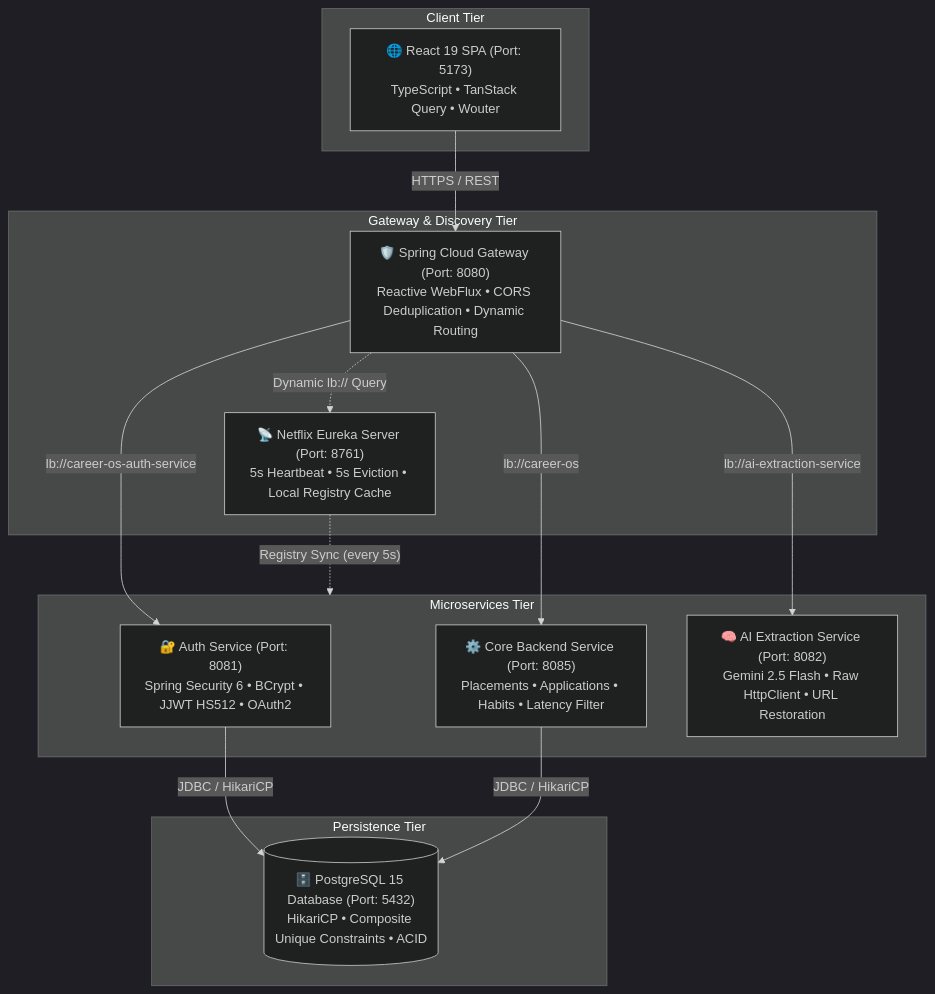
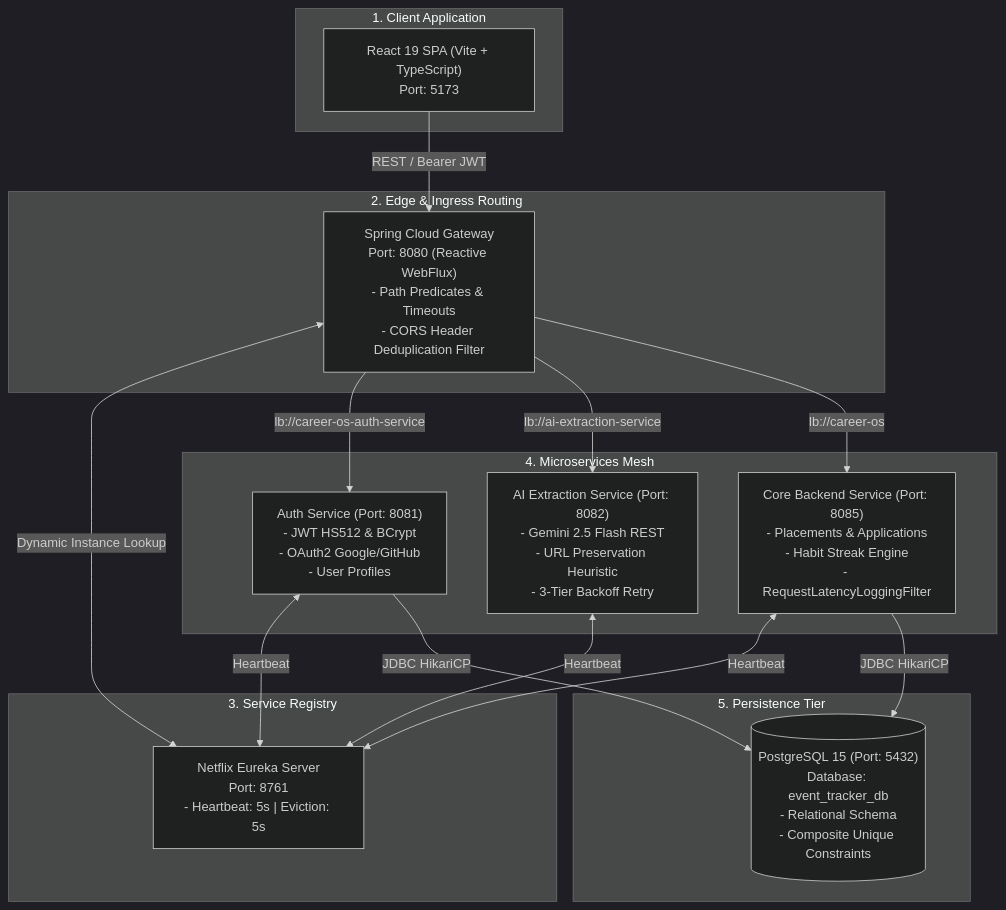
The first of 4 diagrams in 09-Projects/Career OS.md (rohithgowda18/Notes), drawn with Mermaid (dark theme) before and after one commit. The commit also changed other lines of this file, not shown here.

Commit message:
added new project career os

````diff
--- a/09-Projects/Career OS.md
+++ b/09-Projects/Career OS.md
@@ -64,32 +52,39 @@
 ```mermaid
 flowchart TD
-    subgraph Client ["Client Tier"]
-        SPA["🌐 React 19 SPA (Port: 5173)<br/>TypeScript &bull; TanStack Query &bull; Wouter"]
+    subgraph Client ["1. Client Application"]
+        React["React 19 SPA (Vite + TypeScript)<br>Port: 5173"]
     end
 
-    subgraph Edge ["Gateway & Discovery Tier"]
-        GW["🛡️ Spring Cloud Gateway (Port: 8080)<br/>Reactive WebFlux &bull; CORS Deduplication &bull; Dynamic Routing"]
-        Eureka["📡 Netflix Eureka Server (Port: 8761)<br/>5s Heartbeat &bull; 5s Eviction &bull; Local Registry Cache"]
+    subgraph Edge ["2. Edge & Ingress Routing"]
+        Gateway["Spring Cloud Gateway<br>Port: 8080 (Reactive WebFlux)<br>- Path Predicates & Timeouts<br>- CORS Header Deduplication Filter"]
     end
 
-    subgraph Microservices ["Microservices Tier"]
-        Auth["🔐 Auth Service (Port: 8081)<br/>Spring Security 6 &bull; BCrypt &bull; JJWT HS512 &bull; OAuth2"]
-        Backend["⚙️ Core Backend Service (Port: 8085)<br/>Placements &bull; Applications &bull; Habits &bull; Latency Filter"]
-        AI["🧠 AI Extraction Service (Port: 8082)<br/>Gemini 2.5 Flash &bull; Raw HttpClient &bull; URL Restoration"]
+    subgraph Registry ["3. Service Registry"]
+        Eureka["Netflix Eureka Server<br>Port: 8761<br>- Heartbeat: 5s | Eviction: 5s"]
     end
 
-    subgraph Persistence ["Persistence Tier"]
-        DB[("🗄️ PostgreSQL 15 Database (Port: 5432)<br/>HikariCP &bull; Composite Unique Constraints &bull; ACID")]
+    subgraph Mesh ["4. Microservices Mesh"]
+        Auth["Auth Service (Port: 8081)<br>- JWT HS512 & BCrypt<br>- OAuth2 Google/GitHub<br>- User Profiles"]
+        
+        AI["AI Extraction Service (Port: 8082)<br>- Gemini 2.5 Flash REST<br>- URL Preservation Heuristic<br>- 3-Tier Backoff Retry"]
+        
+        Backend["Core Backend Service (Port: 8085)<br>- Placements & Applications<br>- Habit Streak Engine<br>- RequestLatencyLoggingFilter"]
     end
 
-    SPA -->|"HTTPS / REST"| GW
-    GW -.->|"Dynamic lb:// Query"| Eureka
-    Eureka -.->|"Registry Sync (every 5s)"| Microservices
+    subgraph Storage ["5. Persistence Tier"]
+        DB[("PostgreSQL 15 (Port: 5432)<br>Database: event_tracker_db<br>- Relational Schema<br>- Composite Unique Constraints")]
+    end
 
-    GW -->|"lb://career-os-auth-service"| Auth
-    GW -->|"lb://career-os"| Backend
-    GW -->|"lb://ai-extraction-service"| AI
+    React -->|REST / Bearer JWT| Gateway
+    Gateway <-->|Dynamic Instance Lookup| Eureka
+    Gateway -->|lb://career-os-auth-service| Auth
+    Gateway -->|lb://ai-extraction-service| AI
+    Gateway -->|lb://career-os| Backend
 
-    Auth -->|"JDBC / HikariCP"| DB
-    Backend -->|"JDBC / HikariCP"| DB
+    Auth <-->|Heartbeat| Eureka
+    AI <-->|Heartbeat| Eureka
+    Backend <-->|Heartbeat| Eureka
+
+    Auth -->|JDBC HikariCP| DB
+    Backend -->|JDBC HikariCP| DB
 ```
````
